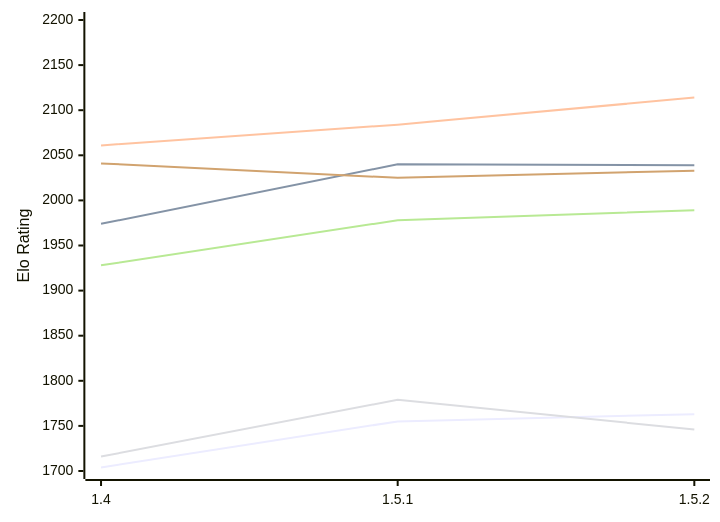
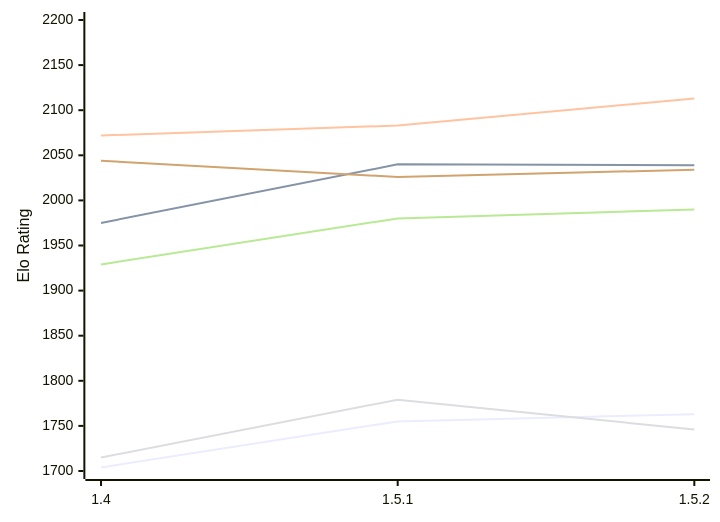
One commit to computer-chess-index/cci changed the diagram in engines/Jace.md. Above: the diagram before and after it, drawn with Mermaid. The commit also changed other lines of this file, not shown here.

Commit message:
Update CCI Ratings (ELO VLTC) - 2026-11-27

````diff
--- a/engines/Jace.md
+++ b/engines/Jace.md
@@ -51,12 +51,12 @@
 ```mermaid
 %%{init: {"theme":"base","themeVariables":{"seriesColors:['#a3a3a3','#222221','#faa371']}}}%%
 xychart-beta
   x-axis ["1.4", "1.5.1", "1.5.2"]
   y-axis "Elo Rating" 1700 --> 2200
   line "E1: STC (8.0+0.08s)" [1704, 1755, 1763]
-  line "E1: LTC (60.0+0.60s)" [1974, 2040, 2039]
-  line "E1: VLTC (2m24s+1.12s)" [2061, 2084, 2114]
-  line "P1: STC (8.0+0.08s)" [1716, 1779, 1746]
-  line "P1: LTC (60.0+0.60s)" [1928, 1978, 1989]
-  line "P1: VLTC (2m24s+1.12s)" [2041, 2025, 2033]
+  line "E1: LTC (60.0+0.60s)" [1975, 2040, 2039]
+  line "E1: VLTC (2m24s+1.12s)" [2072, 2083, 2113]
+  line "P1: STC (8.0+0.08s)" [1715, 1779, 1746]
+  line "P1: LTC (60.0+0.60s)" [1929, 1980, 1990]
+  line "P1: VLTC (2m24s+1.12s)" [2044, 2026, 2034]
 ```
````
